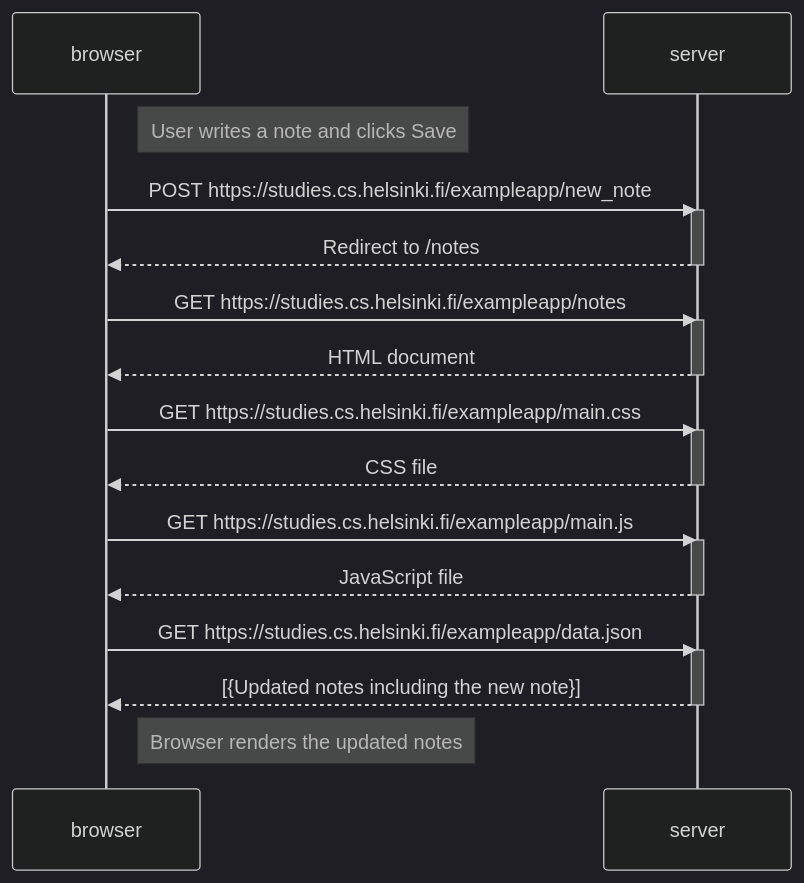
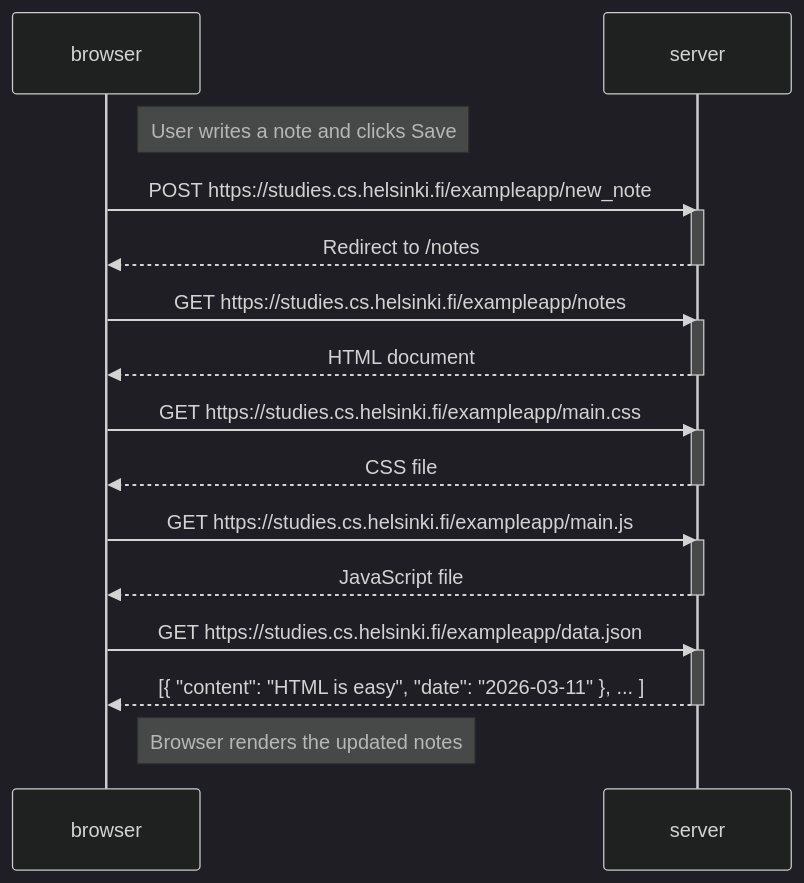
The diagram in part0/0.4.md (menna-eltahawy/fullstackopen), drawn with Mermaid (dark theme) before and after one commit. The commit also changed 2 other files, not shown here.

Commit message:
part0 exercises 0.4 0.5 0.6

````diff
--- a/part0/0.4.md
+++ b/part0/0.4.md
@@ -1,34 +1,34 @@
 ```mermaid
 sequenceDiagram
     participant browser
     participant server
 
     Note right of browser: User writes a note and clicks Save
 
     browser->>server: POST https://studies.cs.helsinki.fi/exampleapp/new_note
     activate server
     server-->>browser: Redirect to /notes
     deactivate server
 
     browser->>server: GET https://studies.cs.helsinki.fi/exampleapp/notes
     activate server
     server-->>browser: HTML document
     deactivate server
 
     browser->>server: GET https://studies.cs.helsinki.fi/exampleapp/main.css
     activate server
     server-->>browser: CSS file
     deactivate server
 
     browser->>server: GET https://studies.cs.helsinki.fi/exampleapp/main.js
     activate server
     server-->>browser: JavaScript file
     deactivate server
 
     browser->>server: GET https://studies.cs.helsinki.fi/exampleapp/data.json
     activate server
-    server-->>browser: [{Updated notes including the new note}]
+    server-->>browser: [{ "content": "HTML is easy", "date": "2026-03-11" }, ... ]
     deactivate server
 
     Note right of browser: Browser renders the updated notes
 ```
````
